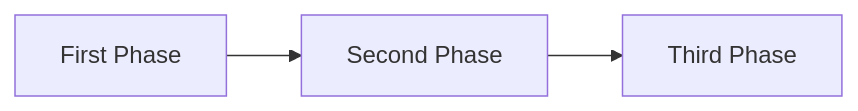
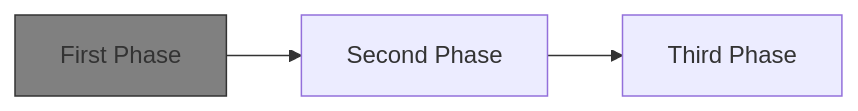
The diagram in accolades.md (tcwbot/public), drawn with Mermaid before and after one commit.

````diff
--- a/accolades.md
+++ b/accolades.md
@@ -5,6 +5,7 @@
 ```mermaid
 graph LR
 A[First Phase]
 -->B[Second Phase]
 -->C[Third Phase]
+style A fill:grey,stroke:#333,stroke-width:px
 ```
````
